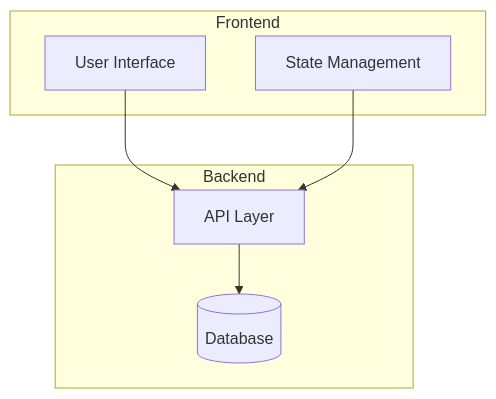
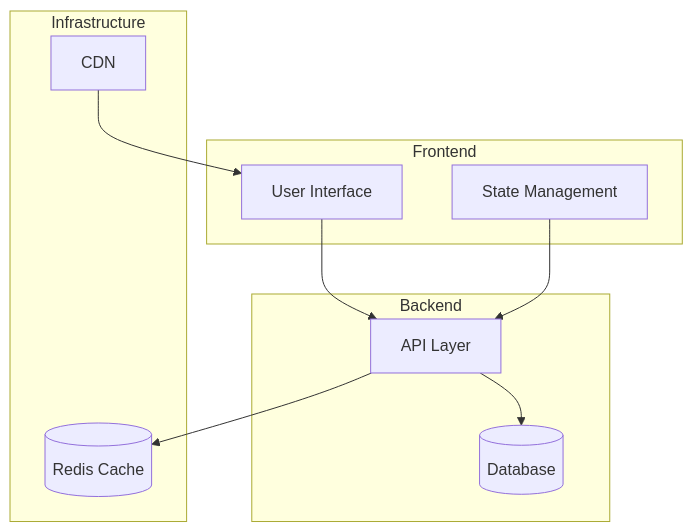
The eighth of 10 diagrams in articles/claude-code-for-diagramming-mermaid-workflow.md (theluckystrike/claude-skills-guide), drawn with Mermaid before and after one commit. The commit also changed other lines of this file and 9 other files, not shown here.

````diff
--- a/articles/claude-code-for-diagramming-mermaid-workflow.md
+++ b/articles/claude-code-for-diagramming-mermaid-workflow.md
@@ -141,16 +271,23 @@
 ```mermaid
 graph TB
     subgraph Frontend
         UI[User Interface]
         State[State Management]
     end
-    
+
     subgraph Backend
         API[API Layer]
         DB[(Database)]
     end
-    
+
+    subgraph Infrastructure
+        CDN[CDN]
+        Cache[(Redis Cache)]
+    end
+
     UI --> API
     State --> API
     API --> DB
+    API --> Cache
+    CDN --> UI
 ```
````
